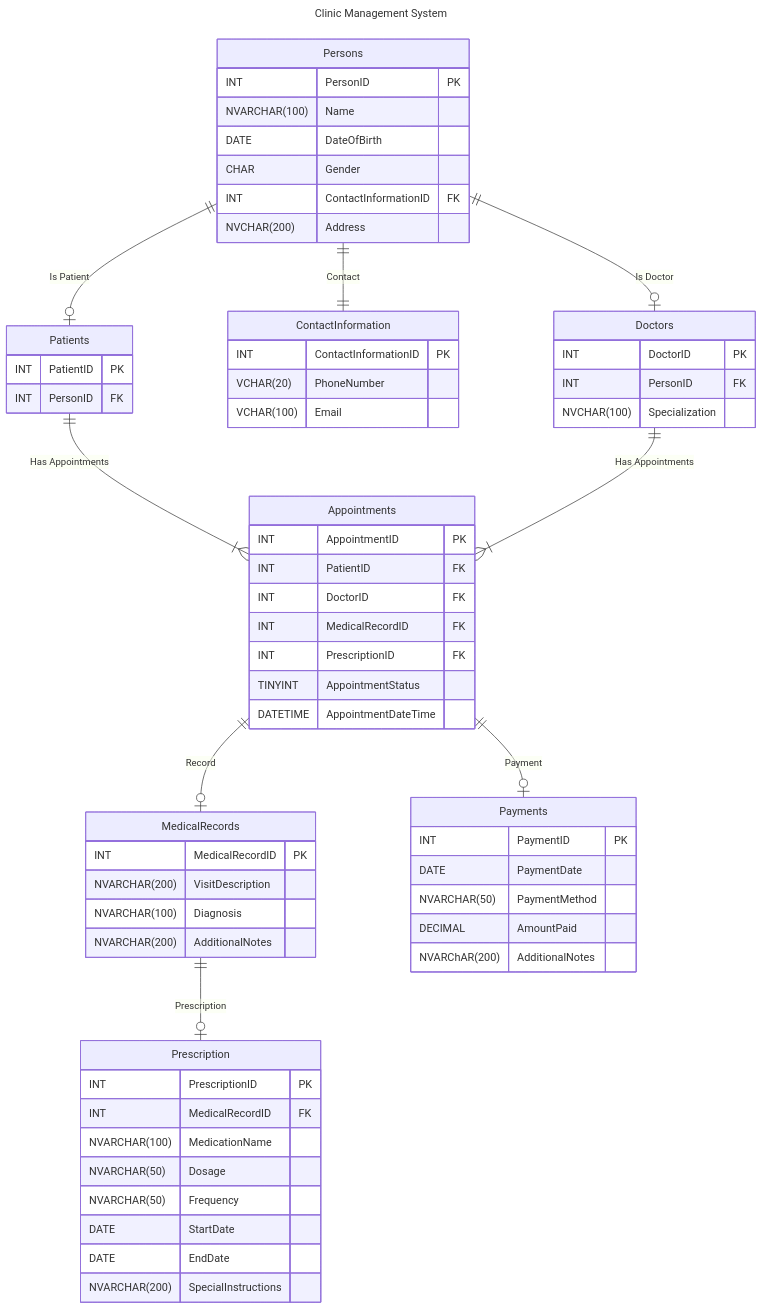
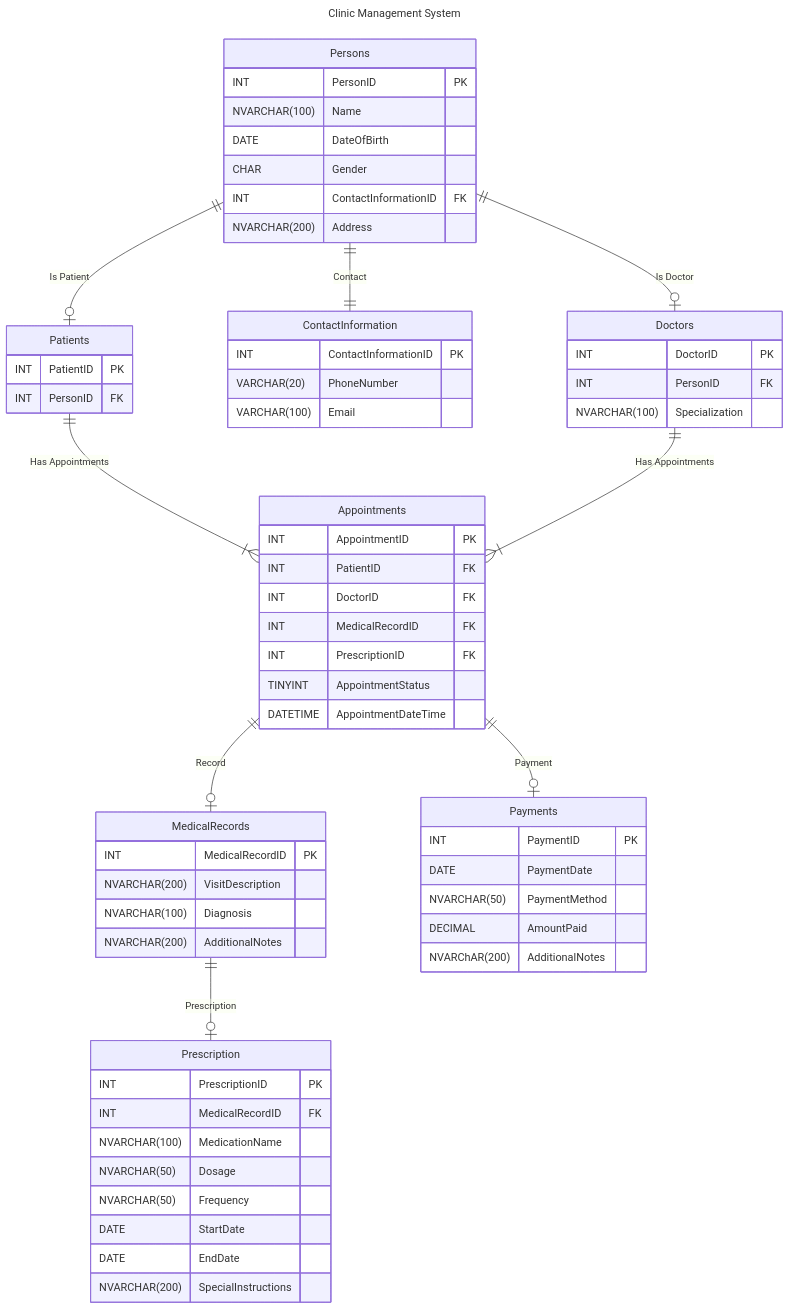
Before and after one commit to M4MD24/SQL-Database-Part-of-Concepts-and-Practices-by-Programming-Advices: the diagram in src/_1_projects/_1_1_relational_diagrams/_1_1_1_management_system/Clinic.mmd, drawn with Mermaid. The commit also changed 4 other files, not shown here.

Commit message:
Edit Data Type Names in Relational Schemas

```diff
--- a/src/_1_projects/_1_1_relational_diagrams/_1_1_1_management_system/Clinic.mmd
+++ b/src/_1_projects/_1_1_relational_diagrams/_1_1_1_management_system/Clinic.mmd
@@ -1,74 +1,74 @@
 ---
 title: "Clinic Management System"
 ---
 erDiagram
     Persons {
         INT PersonID PK
         NVARCHAR(100) Name
         DATE DateOfBirth
         CHAR Gender
         INT ContactInformationID FK
-        NVCHAR(200) Address
+        NVARCHAR(200) Address
     }
 
     Patients {
         INT PatientID PK
         INT PersonID FK
     }
 
     ContactInformation {
         INT ContactInformationID PK
-        VCHAR(20) PhoneNumber
-        VCHAR(100) Email
+        VARCHAR(20) PhoneNumber
+        VARCHAR(100) Email
     }
 
     Doctors {
         INT DoctorID PK
         INT PersonID FK
-        NVCHAR(100) Specialization
+        NVARCHAR(100) Specialization
     }
 
     Appointments {
         INT AppointmentID PK
         INT PatientID FK
         INT DoctorID FK
         INT MedicalRecordID FK
         INT PrescriptionID FK
         TINYINT AppointmentStatus
         DATETIME AppointmentDateTime
     }
 
     MedicalRecords {
         INT MedicalRecordID PK
         NVARCHAR(200) VisitDescription
         NVARCHAR(100) Diagnosis
         NVARCHAR(200) AdditionalNotes
     }
 
     Payments {
         INT PaymentID PK
         DATE PaymentDate
         NVARCHAR(50) PaymentMethod
         DECIMAL AmountPaid
         NVARChAR(200) AdditionalNotes
     }
 
     Prescription {
         INT PrescriptionID PK
         INT MedicalRecordID FK
         NVARCHAR(100) MedicationName
         NVARCHAR(50) Dosage
         NVARCHAR(50) Frequency
         DATE StartDate
         DATE EndDate
         NVARCHAR(200) SpecialInstructions
     }
 
     Persons ||--|| ContactInformation: "Contact"
     Persons ||--o| Patients: "Is Patient"
     Persons ||--o| Doctors: "Is Doctor"
     Patients ||--|{ Appointments: "Has Appointments"
     Doctors ||--|{ Appointments: "Has Appointments"
     Appointments ||--o| Payments: "Payment"
     Appointments ||--o| MedicalRecords: "Record"
     MedicalRecords ||--o| Prescription: "Prescription"
```
